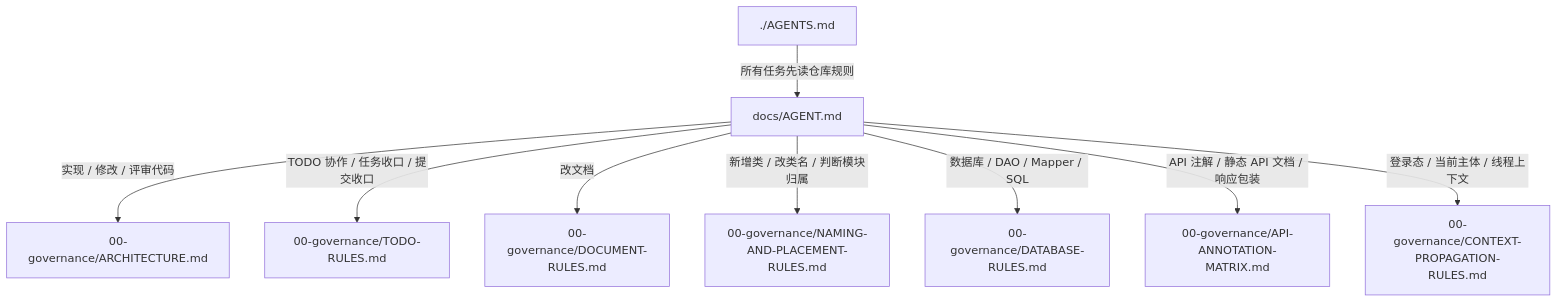
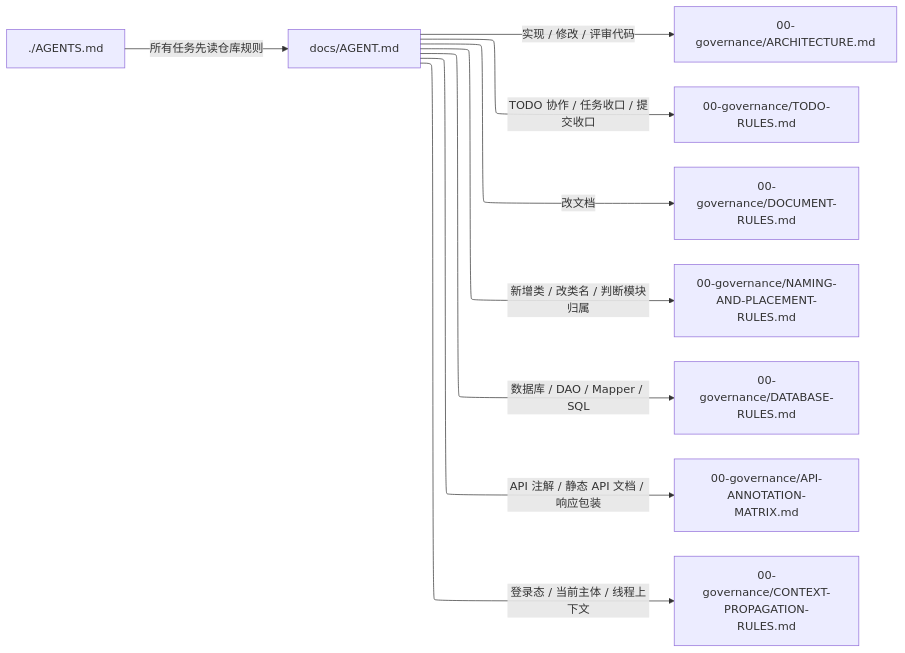
One commit to thundax-lyp/sandwich changed the first of 5 diagrams in docs/60-human/DOCUMENT-ROUTING-MAP.md. Above: the diagram before and after it, drawn with Mermaid. The commit also changed other lines of this file and 1 other file, not shown here.

Commit message:
Docs(prompts): 增加文档路由图生成提示词

````diff
--- a/docs/60-human/DOCUMENT-ROUTING-MAP.md
+++ b/docs/60-human/DOCUMENT-ROUTING-MAP.md
@@ -45,12 +45,13 @@
 ```mermaid
-flowchart TD
+%%{init: {"flowchart": {"defaultRenderer": "elk"}} }%%
+flowchart LR
   Root["./AGENTS.md"] -->|"所有任务先读仓库规则"| DocsAgent["docs/AGENT.md"]
 
   DocsAgent -->|"实现 / 修改 / 评审代码"| Architecture["00-governance/ARCHITECTURE.md"]
   DocsAgent -->|"TODO 协作 / 任务收口 / 提交收口"| TodoRules["00-governance/TODO-RULES.md"]
   DocsAgent -->|"改文档"| DocumentRules["00-governance/DOCUMENT-RULES.md"]
   DocsAgent -->|"新增类 / 改类名 / 判断模块归属"| NamingRules["00-governance/NAMING-AND-PLACEMENT-RULES.md"]
   DocsAgent -->|"数据库 / DAO / Mapper / SQL"| DatabaseRules["00-governance/DATABASE-RULES.md"]
   DocsAgent -->|"API 注解 / 静态 API 文档 / 响应包装"| ApiMatrix["00-governance/API-ANNOTATION-MATRIX.md"]
   DocsAgent -->|"登录态 / 当前主体 / 线程上下文"| ContextRules["00-governance/CONTEXT-PROPAGATION-RULES.md"]
 ```
````
